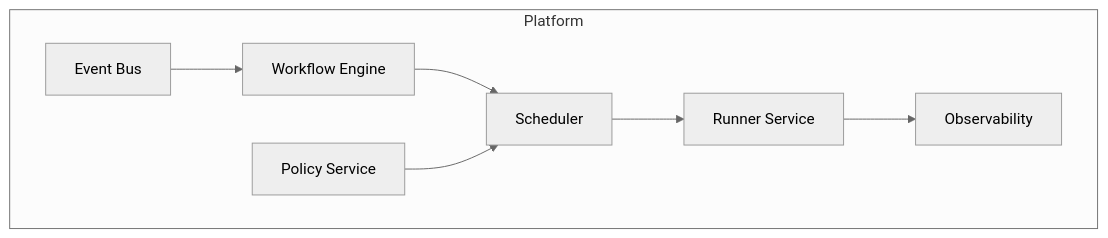
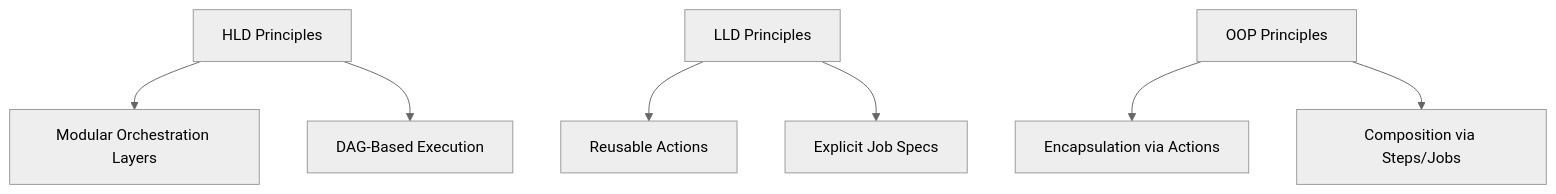
Before and after one commit to VishuKalier2003/System-Design-Components: diagram 17 of 21 in Composite/S02-CompositeBuildGraph/case-studies/GitHub-Actions.md, drawn with Mermaid (neutral theme). The commit also changed other lines of this file, not shown here.

````diff
--- a/Composite/S02-CompositeBuildGraph/case-studies/GitHub-Actions.md
+++ b/Composite/S02-CompositeBuildGraph/case-studies/GitHub-Actions.md
@@ -674,17 +521,9 @@
 ```mermaid
-graph TD
-    subgraph Platform
-      E[Event Bus]
-      WFE[Workflow Engine]
-      SCH[Scheduler]
-      RUNS[Runner Service]
-      POL[Policy Service]
-      OBS[Observability]
-    end
-
-    E --> WFE
-    WFE --> SCH
-    SCH --> RUNS
-    RUNS --> OBS
-    POL --> SCH
+flowchart TD
+    A[HLD Principles] --> B[Modular Orchestration Layers]
+    A --> C[DAG-Based Execution]
+    D[LLD Principles] --> E[Reusable Actions]
+    D --> F[Explicit Job Specs]
+    G[OOP Principles] --> H[Encapsulation via Actions]
+    G --> I[Composition via Steps/Jobs]
 ```
````
